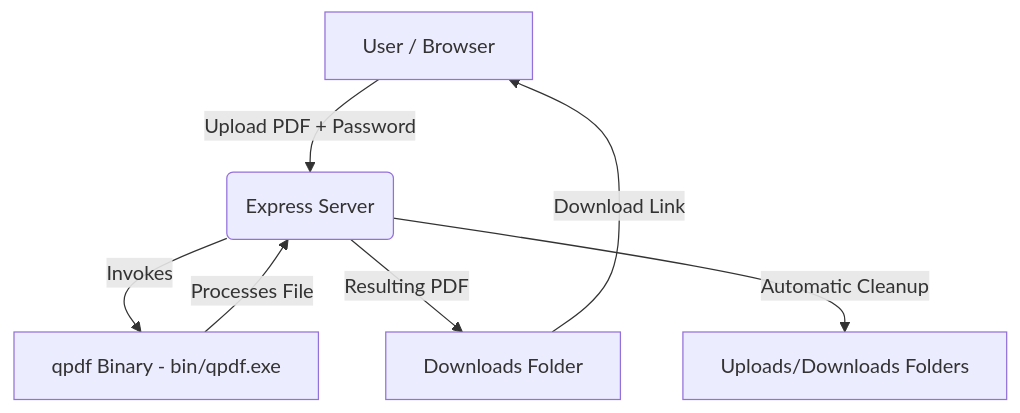
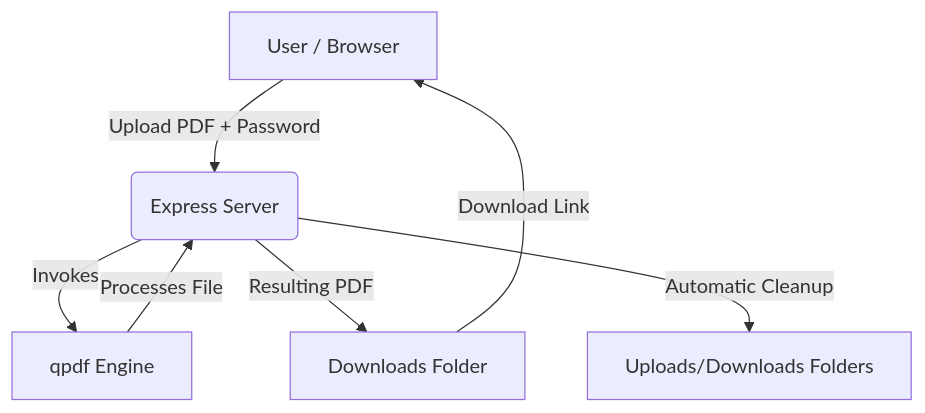
Before and after one commit to frankosorio4/decripting-pdf-with-password: the diagram in README.md, drawn with Mermaid. The commit also changed other lines of this file and 3 other files, not shown here.

````diff
--- a/README.md
+++ b/README.md
@@ -11,9 +11,9 @@
 ```mermaid
 graph TD
     A[User / Browser] -->|Upload PDF + Password| B(Express Server)
-    B -->|Invokes| C[qpdf Binary - bin/qpdf.exe]
+    B -->|Invokes| C[qpdf Engine]
     C -->|Processes File| B
     B -->|Resulting PDF| D[Downloads Folder]
     D -->|Download Link| A
     B -->|Automatic Cleanup| E[Uploads/Downloads Folders]
 ```
````
